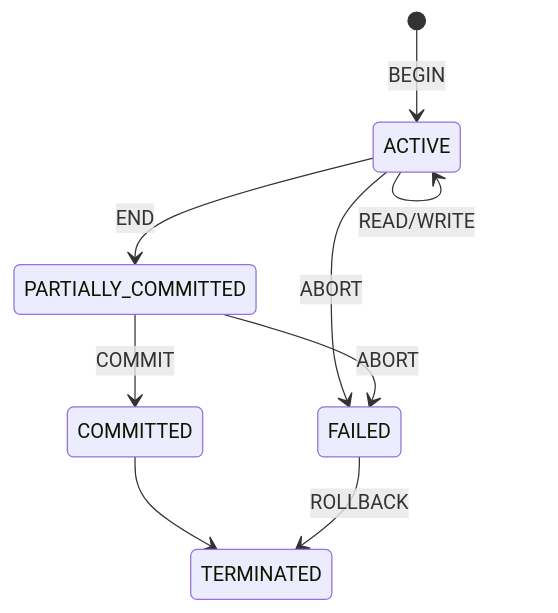
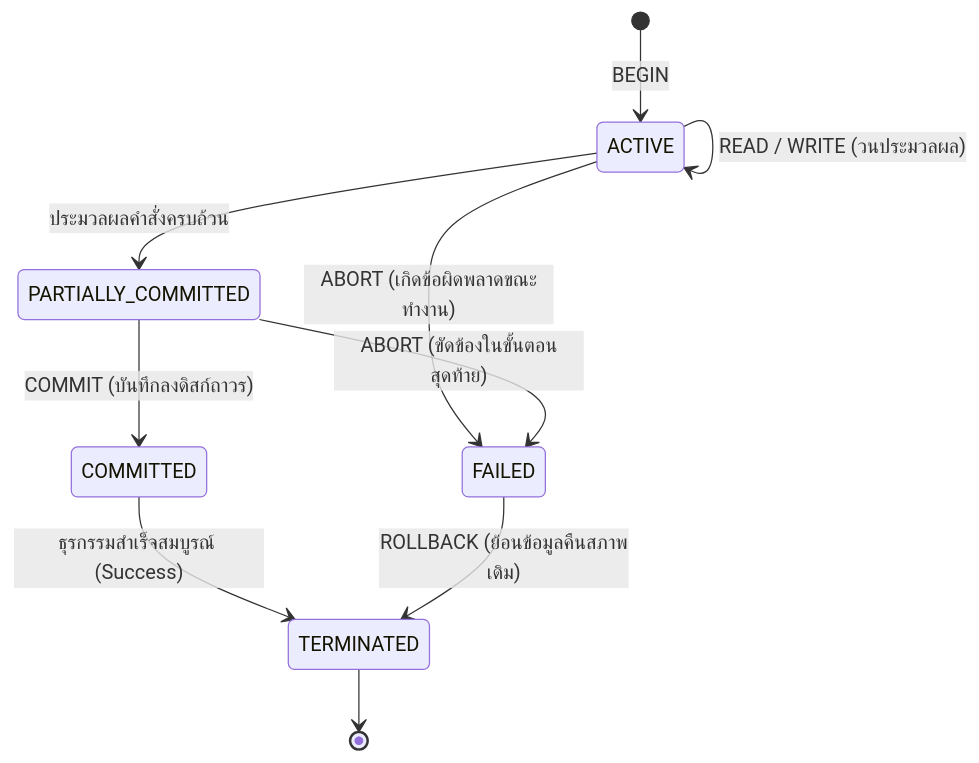
Before and after one commit to kanomoo/database-system: the fifth of 11 diagrams in Wiki/Lecture 8 - Database System Architecture.md, drawn with Mermaid. The commit also changed other lines of this file and 1 other file, not shown here.

````diff
--- a/Wiki/Lecture 8 - Database System Architecture.md
+++ b/Wiki/Lecture 8 - Database System Architecture.md
@@ -105,13 +215,16 @@
 ```mermaid
 stateDiagram-v2
+    direction TB
     [*] --> ACTIVE : BEGIN
-    ACTIVE --> ACTIVE : READ/WRITE
-    ACTIVE --> PARTIALLY_COMMITTED : END
-    PARTIALLY_COMMITTED --> COMMITTED : COMMIT
-    COMMITTED --> TERMINATED
+    ACTIVE --> ACTIVE : READ / WRITE (วนประมวลผล)
+    ACTIVE --> PARTIALLY_COMMITTED : ประมวลผลคำสั่งครบถ้วน
     
-    ACTIVE --> FAILED : ABORT
-    PARTIALLY_COMMITTED --> FAILED : ABORT
+    PARTIALLY_COMMITTED --> COMMITTED : COMMIT (บันทึกลงดิสก์ถาวร)
+    COMMITTED --> TERMINATED : ธุรกรรมสำเร็จสมบูรณ์ (Success)
     
-    FAILED --> TERMINATED : ROLLBACK
+    ACTIVE --> FAILED : ABORT (เกิดข้อผิดพลาดขณะทำงาน)
+    PARTIALLY_COMMITTED --> FAILED : ABORT (ขัดข้องในขั้นตอนสุดท้าย)
+    
+    FAILED --> TERMINATED : ROLLBACK (ย้อนข้อมูลคืนสภาพเดิม)
+    TERMINATED --> [*]
 ```
````
